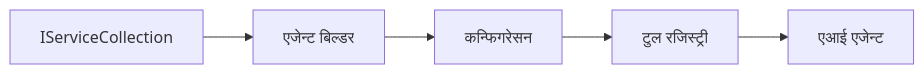
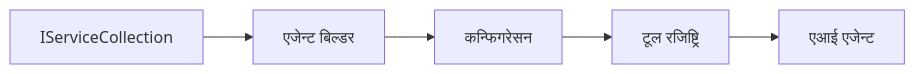
One commit to venturemavenwill/azureaifundamentals changed the diagram in translations/ne/03-agentic-design-patterns/code_samples/03-dotnet-agent-framework.md. Above: the diagram before and after it, drawn with Mermaid. The commit also changed other lines of this file and 2002 other files, not shown here.

````diff
--- a/translations/ne/03-agentic-design-patterns/code_samples/03-dotnet-agent-framework.md
+++ b/translations/ne/03-agentic-design-patterns/code_samples/03-dotnet-agent-framework.md
@@ -41,7 +41,7 @@
 ```mermaid
 graph LR
     A[IServiceCollection] --> B[एजेन्ट बिल्डर]
     B --> C[कन्फिगरेसन]
-    C --> D[टुल रजिस्ट्री]
+    C --> D[टूल रजिष्ट्रि]
     D --> E[एआई एजेन्ट]
 ```
````
